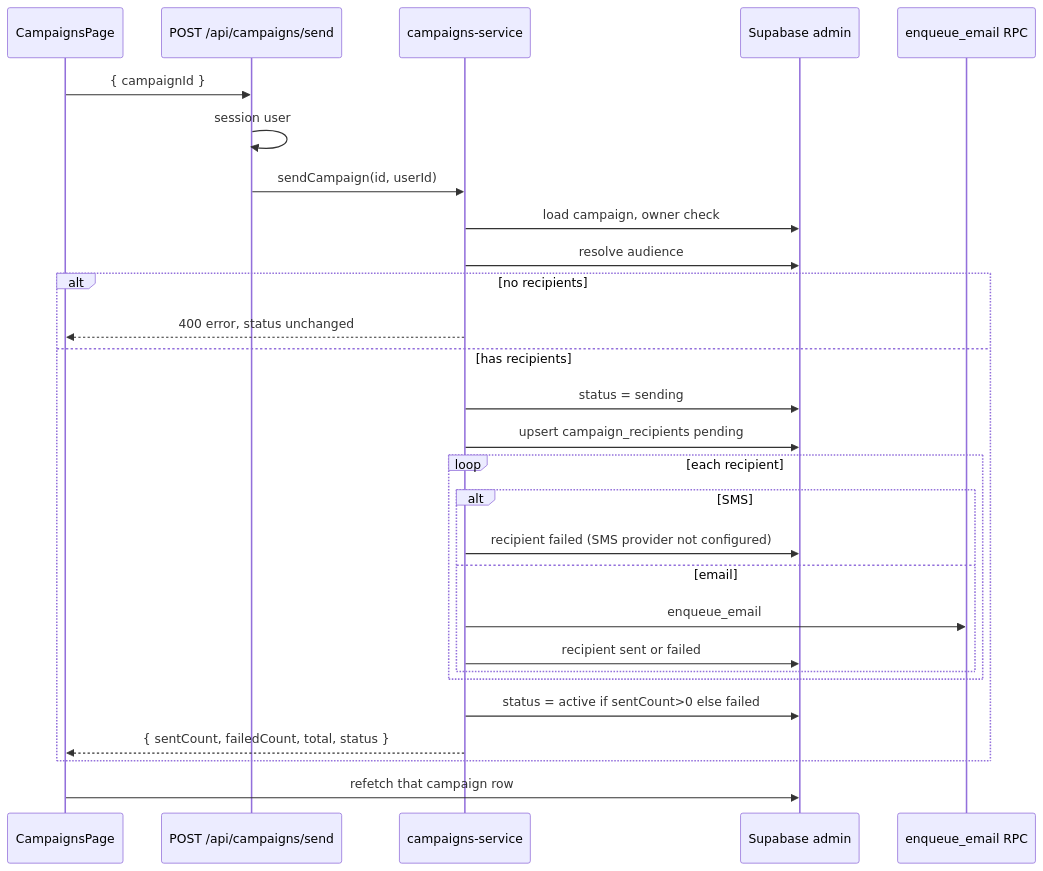
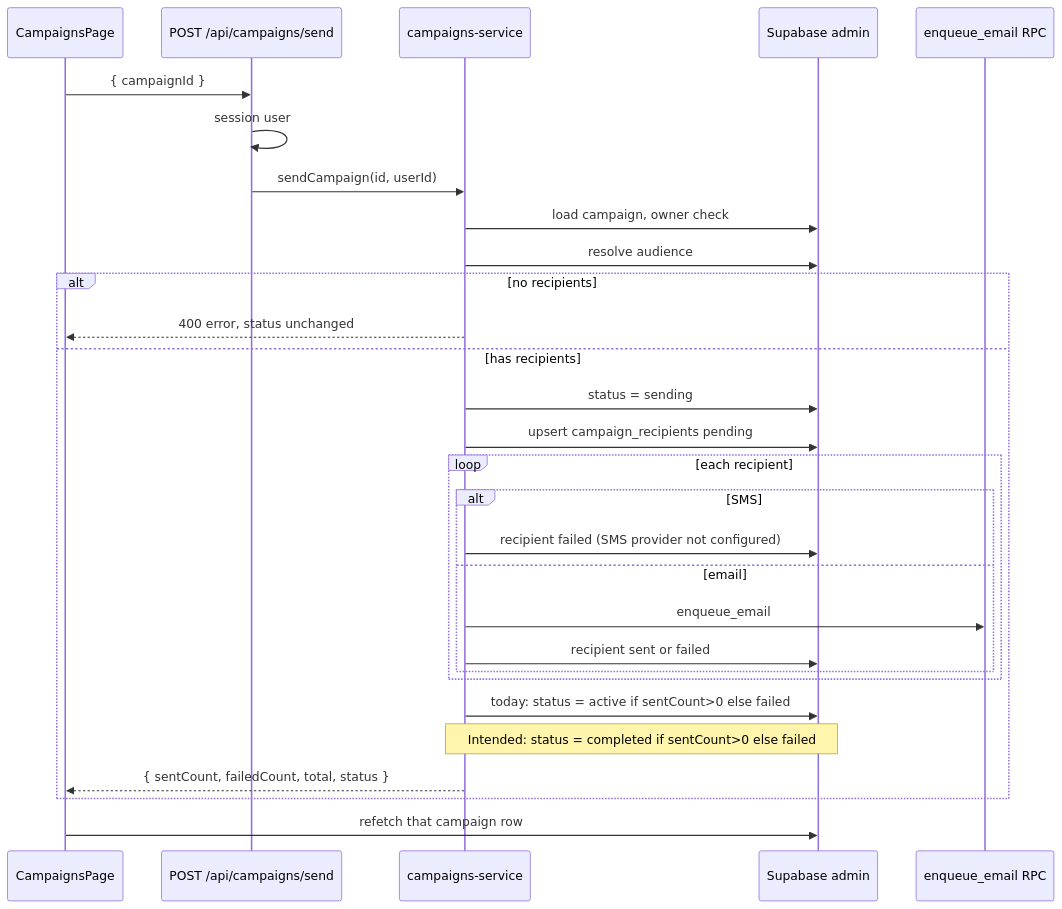
The third of 5 diagrams in docs/frontend/campaigns-page.md (Ali-sherif/loyollo-web), drawn with Mermaid before and after one commit. The commit also changed other lines of this file and 5 other files, not shown here.

````diff
--- a/docs/frontend/campaigns-page.md
+++ b/docs/frontend/campaigns-page.md
@@ -432,31 +480,32 @@
 ```mermaid
 sequenceDiagram
   participant UI as CampaignsPage
   participant BFF as POST /api/campaigns/send
   participant Svc as campaigns-service
   participant DB as Supabase admin
   participant Q as enqueue_email RPC
 
   UI->>BFF: { campaignId }
   BFF->>BFF: session user
   BFF->>Svc: sendCampaign(id, userId)
   Svc->>DB: load campaign, owner check
   Svc->>DB: resolve audience
   alt no recipients
     Svc-->>UI: 400 error, status unchanged
   else has recipients
     Svc->>DB: status = sending
     Svc->>DB: upsert campaign_recipients pending
     loop each recipient
       alt SMS
         Svc->>DB: recipient failed (SMS provider not configured)
       else email
         Svc->>Q: enqueue_email
         Svc->>DB: recipient sent or failed
       end
     end
-    Svc->>DB: status = active if sentCount>0 else failed
+    Svc->>DB: today: status = active if sentCount>0 else failed
+    Note over Svc,DB: Intended: status = completed if sentCount>0 else failed
     Svc-->>UI: { sentCount, failedCount, total, status }
   end
   UI->>DB: refetch that campaign row
 ```
````
